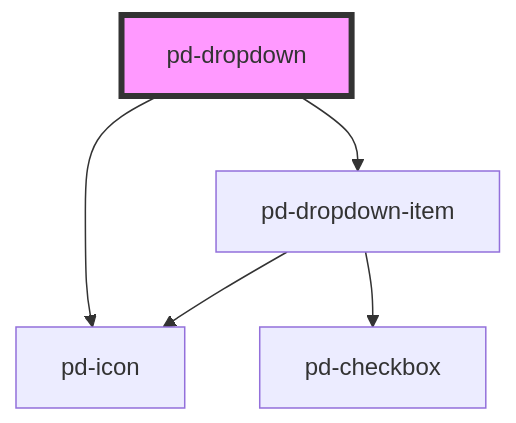
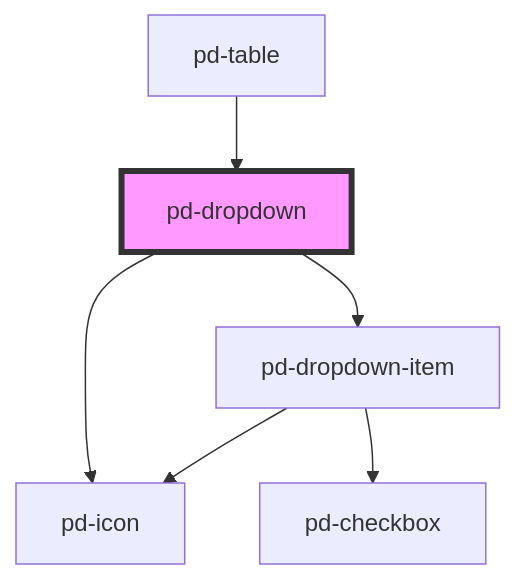
One commit to Lambda-IT/parlamentsdienste-components changed the diagram in packages/core/src/components/pd-dropdown/readme.md. Above: the diagram before and after it, drawn with Mermaid. The commit also changed other lines of this file and 41 other files, not shown here.

````diff
--- a/packages/core/src/components/pd-dropdown/readme.md
+++ b/packages/core/src/components/pd-dropdown/readme.md
@@ -118,8 +122,9 @@
 ```mermaid
 graph TD;
   pd-dropdown --> pd-icon
   pd-dropdown --> pd-dropdown-item
   pd-dropdown-item --> pd-checkbox
   pd-dropdown-item --> pd-icon
+  pd-table --> pd-dropdown
   style pd-dropdown fill:#f9f,stroke:#333,stroke-width:4px
 ```
````
